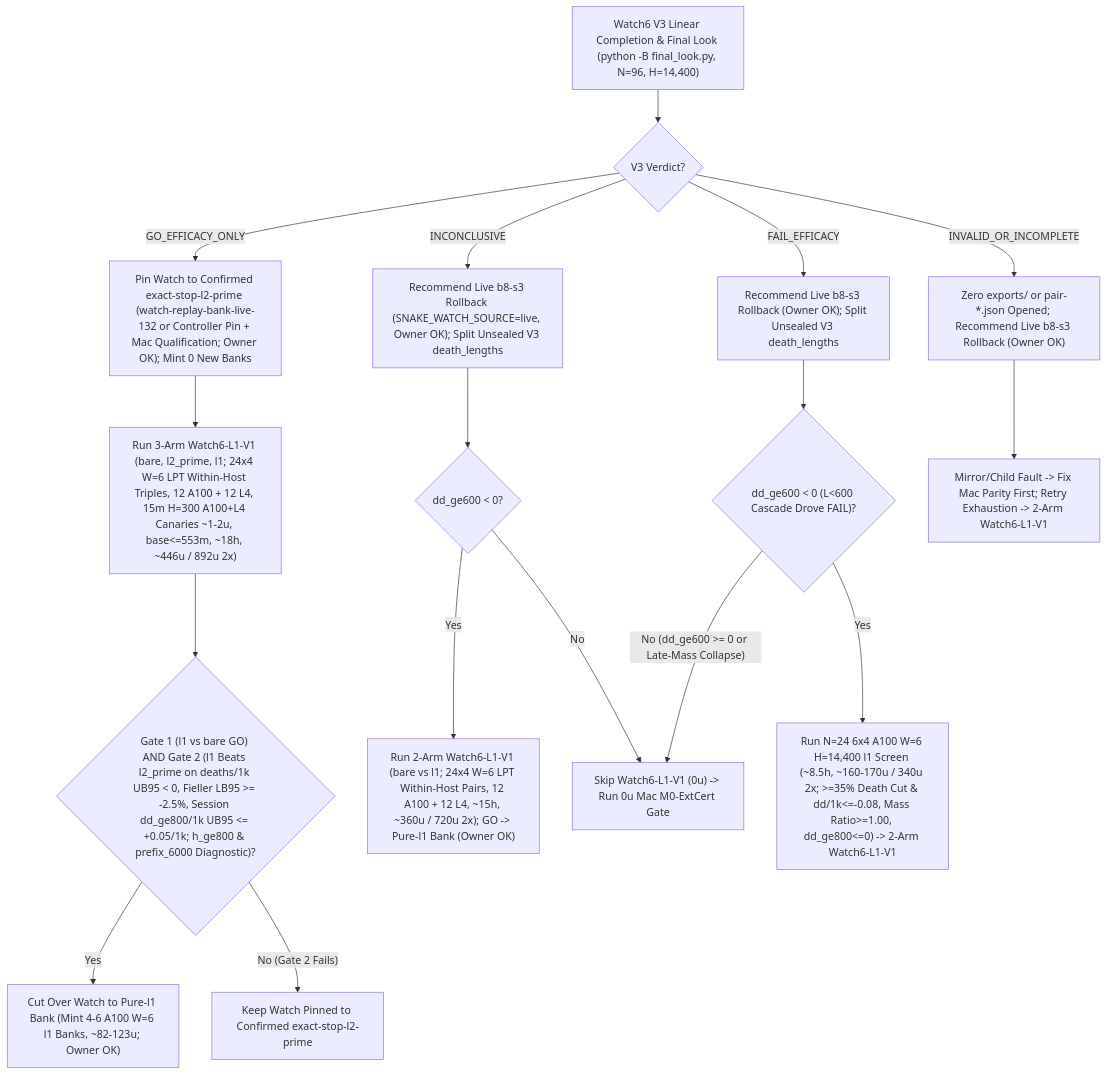
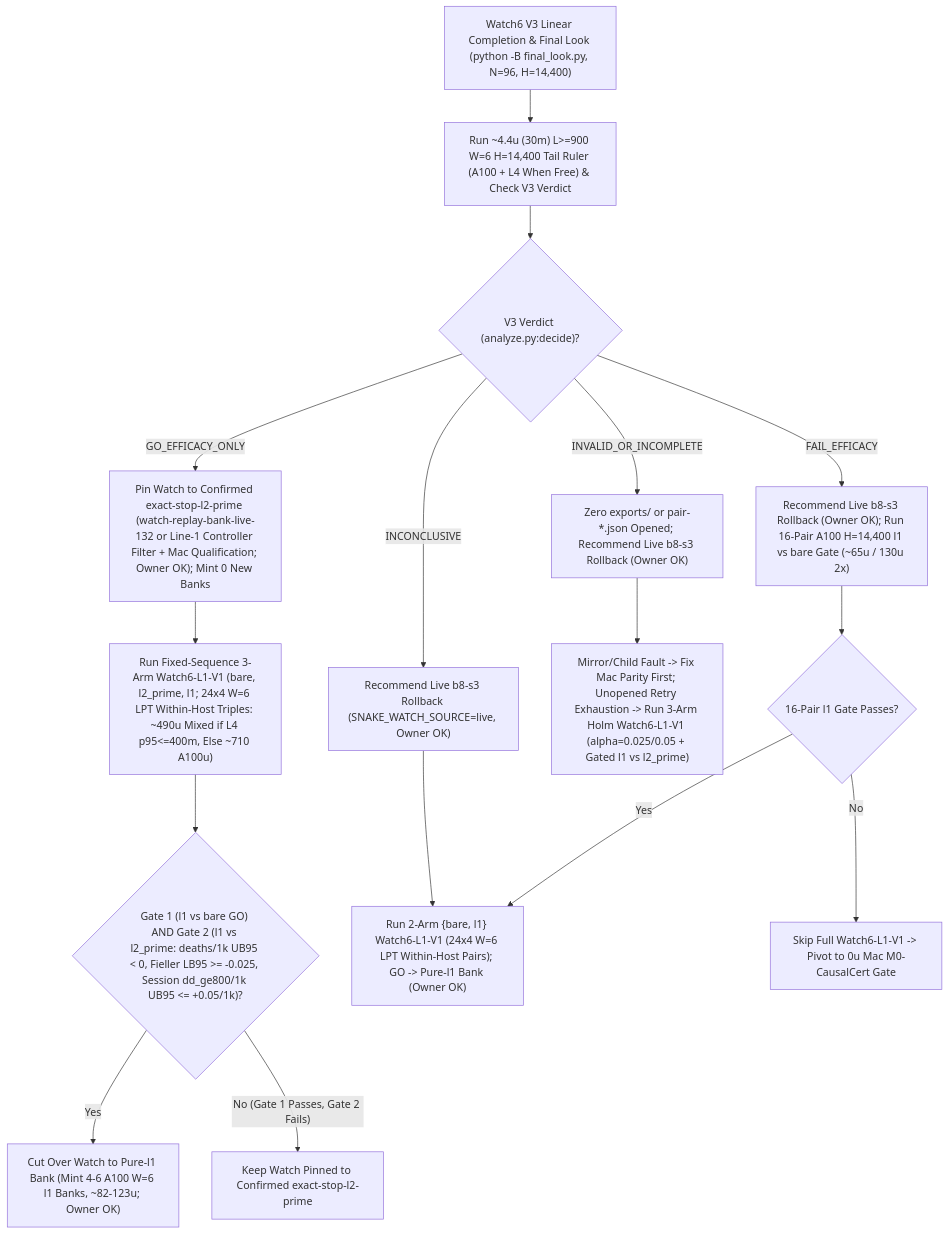
One commit to josenunezwork/snake-dqn changed the diagram in docs/research/ROADMAP.md. Above: the diagram before and after it, drawn with Mermaid. The commit also changed other lines of this file, not shown here.

Commit message:
docs(roadmap): fold in round-10 synthesis as current and later-round advice

````diff
--- a/docs/research/ROADMAP.md
+++ b/docs/research/ROADMAP.md
@@ -92,19 +94,18 @@
 ```mermaid
 flowchart TD
-    V3["Watch6 V3 Linear Completion & Final Look (python -B final_look.py, N=96, H=14,400)"] --> VERDICT{"V3 Verdict?"}
-    VERDICT -- "GO_EFFICACY_ONLY" --> PIN_L2["Pin Watch to Confirmed exact-stop-l2-prime (watch-replay-bank-live-132 or Controller Pin + Mac Qualification; Owner OK); Mint 0 New Banks"]
-    PIN_L2 --> L1_3ARM["Run 3-Arm Watch6-L1-V1 (bare, l2_prime, l1; 24x4 W=6 LPT Within-Host Triples, 12 A100 + 12 L4, 15m H=300 A100+L4 Canaries ~1-2u, base<=553m, ~18h, ~446u / 892u 2x)"]
-    L1_3ARM --> GATE2{"Gate 1 (l1 vs bare GO) AND Gate 2 (l1 Beats l2_prime on deaths/1k UB95 < 0, Fieller LB95 >= -2.5%, Session dd_ge800/1k UB95 <= +0.05/1k; h_ge800 & prefix_6000 Diagnostic)?"}
+    V3["Watch6 V3 Linear Completion & Final Look (python -B final_look.py, N=96, H=14,400)"] --> RULER["Run ~4.4u (30m) L>=900 W=6 H=14,400 Tail Ruler (A100 + L4 When Free) & Check V3 Verdict"]
+    RULER --> VERDICT{"V3 Verdict (analyze.py:decide)?"}
+    VERDICT -- "GO_EFFICACY_ONLY" --> PIN_L2["Pin Watch to Confirmed exact-stop-l2-prime (watch-replay-bank-live-132 or Line-1 Controller Filter + Mac Qualification; Owner OK); Mint 0 New Banks"]
+    PIN_L2 --> L1_3ARM["Run Fixed-Sequence 3-Arm Watch6-L1-V1 (bare, l2_prime, l1; 24x4 W=6 LPT Within-Host Triples: ~490u Mixed if L4 p95<=400m, Else ~710 A100u)"]
+    L1_3ARM --> GATE2{"Gate 1 (l1 vs bare GO) AND Gate 2 (l1 vs l2_prime: deaths/1k UB95 < 0, Fieller LB95 >= -0.025, Session dd_ge800/1k UB95 <= +0.05/1k)?"}
     GATE2 -- "Yes" --> CUT_L1["Cut Over Watch to Pure-l1 Bank (Mint 4-6 A100 W=6 l1 Banks, ~82-123u; Owner OK)"]
-    GATE2 -- "No (Gate 2 Fails)" --> KEEP_L2["Keep Watch Pinned to Confirmed exact-stop-l2-prime"]
-    VERDICT -- "INCONCLUSIVE" --> INC_RB["Recommend Live b8-s3 Rollback (SNAKE_WATCH_SOURCE=live, Owner OK); Split Unsealed V3 death_lengths"]
-    INC_RB --> INC_CHK{"dd_ge600 < 0?"}
-    INC_CHK -- "Yes" --> L1_2ARM["Run 2-Arm Watch6-L1-V1 (bare vs l1; 24x4 W=6 LPT Within-Host Pairs, 12 A100 + 12 L4, ~15h, ~360u / 720u 2x); GO -> Pure-l1 Bank (Owner OK)"]
-    INC_CHK -- "No" --> EXTCERT["Skip Watch6-L1-V1 (0u) -> Run 0u Mac M0-ExtCert Gate"]
-    VERDICT -- "FAIL_EFFICACY" --> FAIL_RB["Recommend Live b8-s3 Rollback (Owner OK); Split Unsealed V3 death_lengths"]
-    FAIL_RB --> FAIL_CHK{"dd_ge600 < 0 (L<600 Cascade Drove FAIL)?"}
-    FAIL_CHK -- "Yes" --> SCR24["Run N=24 6x4 A100 W=6 H=14,400 l1 Screen (~8.5h, ~160-170u / 340u 2x; >=35% Death Cut & dd/1k<=-0.08, Mass Ratio>=1.00, dd_ge800<=0) -> 2-Arm Watch6-L1-V1"]
-    FAIL_CHK -- "No (dd_ge600 >= 0 or Late-Mass Collapse)" --> EXTCERT
+    GATE2 -- "No (Gate 1 Passes, Gate 2 Fails)" --> KEEP_L2["Keep Watch Pinned to Confirmed exact-stop-l2-prime"]
+    VERDICT -- "INCONCLUSIVE" --> INC_RB["Recommend Live b8-s3 Rollback (SNAKE_WATCH_SOURCE=live, Owner OK)"]
+    INC_RB --> L1_2ARM["Run 2-Arm {bare, l1} Watch6-L1-V1 (24x4 W=6 LPT Within-Host Pairs); GO -> Pure-l1 Bank (Owner OK)"]
     VERDICT -- "INVALID_OR_INCOMPLETE" --> INV_RB["Zero exports/ or pair-*.json Opened; Recommend Live b8-s3 Rollback (Owner OK)"]
-    INV_RB --> INV_FIX["Mirror/Child Fault -> Fix Mac Parity First; Retry Exhaustion -> 2-Arm Watch6-L1-V1"]
+    INV_RB --> INV_FIX["Mirror/Child Fault -> Fix Mac Parity First; Unopened Retry Exhaustion -> Run 3-Arm Holm Watch6-L1-V1 (alpha=0.025/0.05 + Gated l1 vs l2_prime)"]
+    VERDICT -- "FAIL_EFFICACY" --> FAIL_RB["Recommend Live b8-s3 Rollback (Owner OK); Run 16-Pair A100 H=14,400 l1 vs bare Gate (~65u / 130u 2x)"]
+    FAIL_RB --> FAIL_GATE{"16-Pair l1 Gate Passes?"}
+    FAIL_GATE -- "Yes" --> L1_2ARM
+    FAIL_GATE -- "No" --> CAUSAL["Skip Full Watch6-L1-V1 -> Pivot to 0u Mac M0-CausalCert Gate"]
 ```
````
